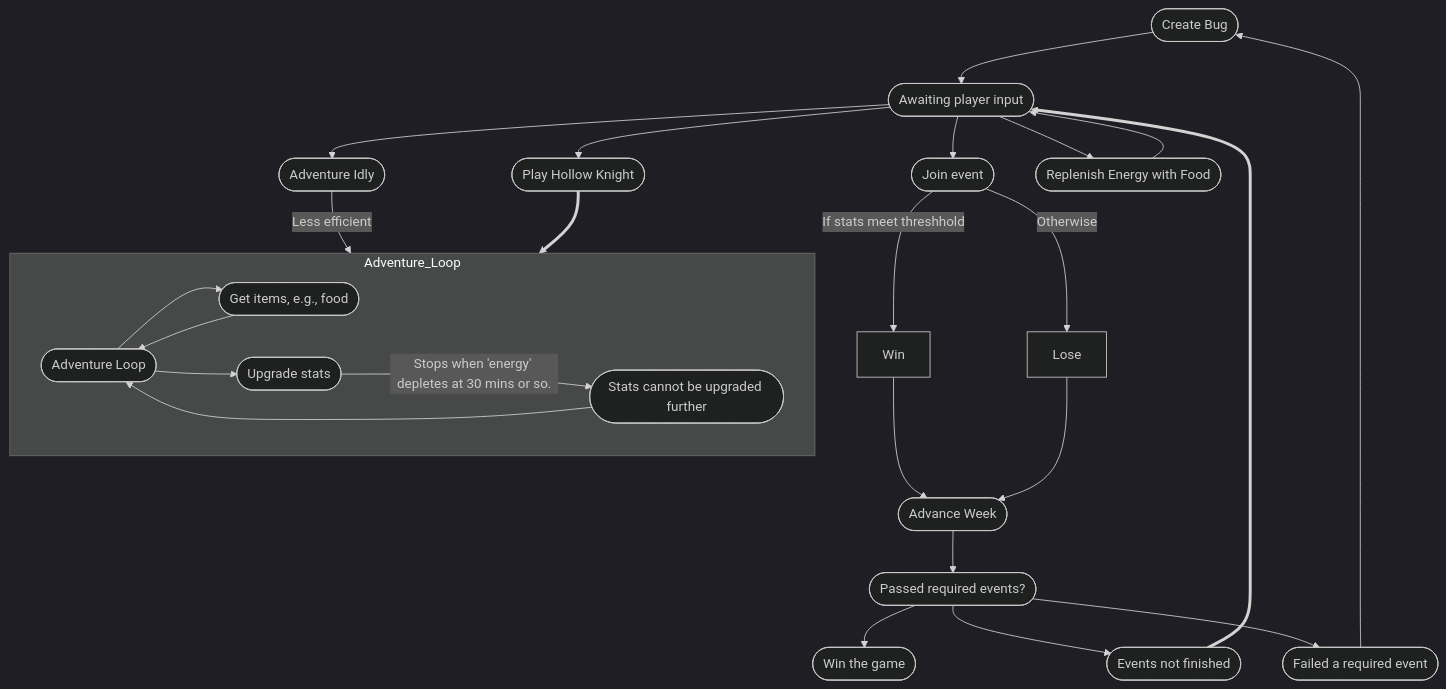
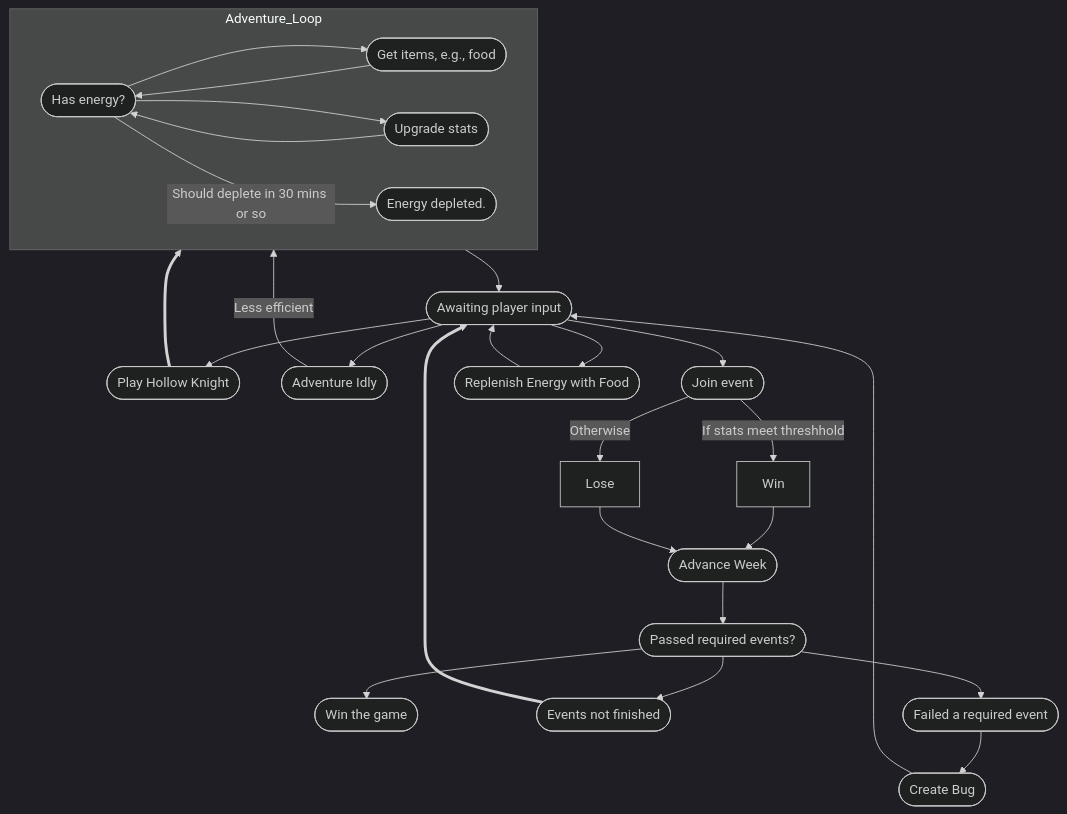
The diagram in DESIGN.md (ambiguousname/secret-santa-2025), drawn with Mermaid (dark theme) before and after one commit.

Commit message:
Flesh out adventure loop a little more clearly

````diff
--- a/DESIGN.md
+++ b/DESIGN.md
@@ -3,42 +3,41 @@
 ```mermaid
 graph TD
 
 CREATE(["Create Bug"]) --> INPUT
 
 INPUT(["Awaiting player input"]) --> PLAY
 INPUT --> IDLE
 INPUT --> EVENT
 
 subgraph Adventure_Loop
-	ADVENTURE_LOOP(["Adventure Loop"])
-	ITEMS(["Get items, e.g., food"])
-	SKILL(["Upgrade stats"])
-	ADVENTURE_LOOP --> ITEMS
-	ITEMS --> ADVENTURE_LOOP
-	ADVENTURE_LOOP --> SKILL
+	ENERGY(["Has energy?"])
+	ENERGY --> ITEMS(["Get items, e.g., food"])
+	ENERGY --> SKILL(["Upgrade stats"])
+	ENERGY -->|Should deplete in 30 mins or so| NO_ENERGY(["Energy depleted."])
 
-	SKILL -->|Stops when 'energy' depletes at 30 mins or so.| MAX(["Stats cannot be upgraded further"])
+	ITEMS --> ENERGY
+	SKILL --> ENERGY
+end
 
-	MAX --> ADVENTURE_LOOP
-end
+Adventure_Loop --> INPUT
 
 IDLE(["Adventure Idly"]) -->|Less efficient| Adventure_Loop
 PLAY(["Play Hollow Knight"]) ==> Adventure_Loop
 
 EVENT(["Join event"]) -->|If stats meet threshhold| Win
 EVENT -->|Otherwise| Lose
 
 Win --> ADVANCE(["Advance Week"])
 Lose --> ADVANCE
 
 INPUT --> FEED(["Replenish Energy with Food"])
 FEED --> INPUT
 
 
 ADVANCE --> WEEK(["Passed required events?"])
 WEEK --> SUCCESS(["Win the game"])
 WEEK --> UNFINISHED(["Events not finished"]) ==> INPUT
 
 WEEK --> FAILED(["Failed a required event"])
 FAILED --> CREATE
 ```
````
